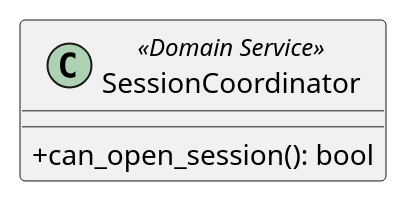
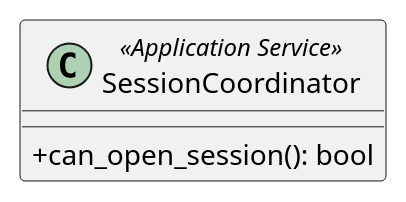
The diagram in src/PB/DocumentazioneEsterna/Specifica_Tecnica/content/05-diagrammi-classi/uml/puml/Backend/ApplicationServices/SessionCoordinator.puml (GroupRubberDuck/Documentazione), drawn with PlantUML before and after one commit. The commit also changed 50 other files, not shown here.

```diff
--- a/src/PB/DocumentazioneEsterna/Specifica_Tecnica/content/05-diagrammi-classi/uml/puml/Backend/ApplicationServices/SessionCoordinator.puml
+++ b/src/PB/DocumentazioneEsterna/Specifica_Tecnica/content/05-diagrammi-classi/uml/puml/Backend/ApplicationServices/SessionCoordinator.puml
@@ -1,8 +1,8 @@
 @startuml SessionCoordinator
 skinparam classAttributeIconSize 0
 
-class SessionCoordinator <<Domain Service>> {
+class SessionCoordinator <<Application Service>> {
     + can_open_session(): bool
 }
 
 @enduml
```
